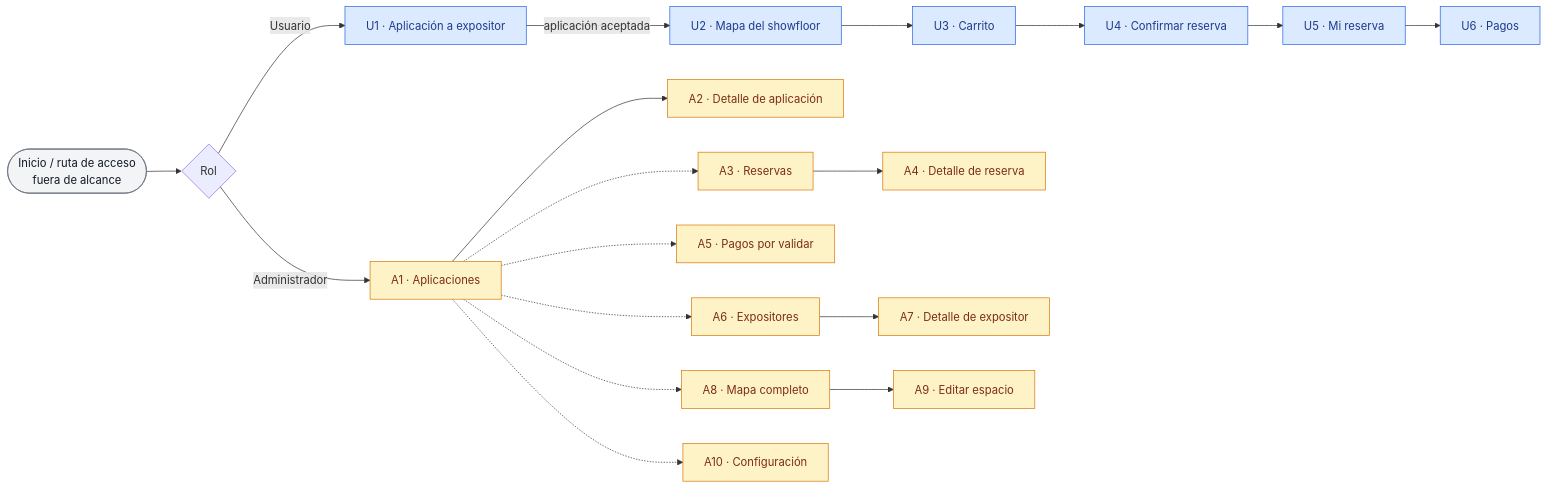
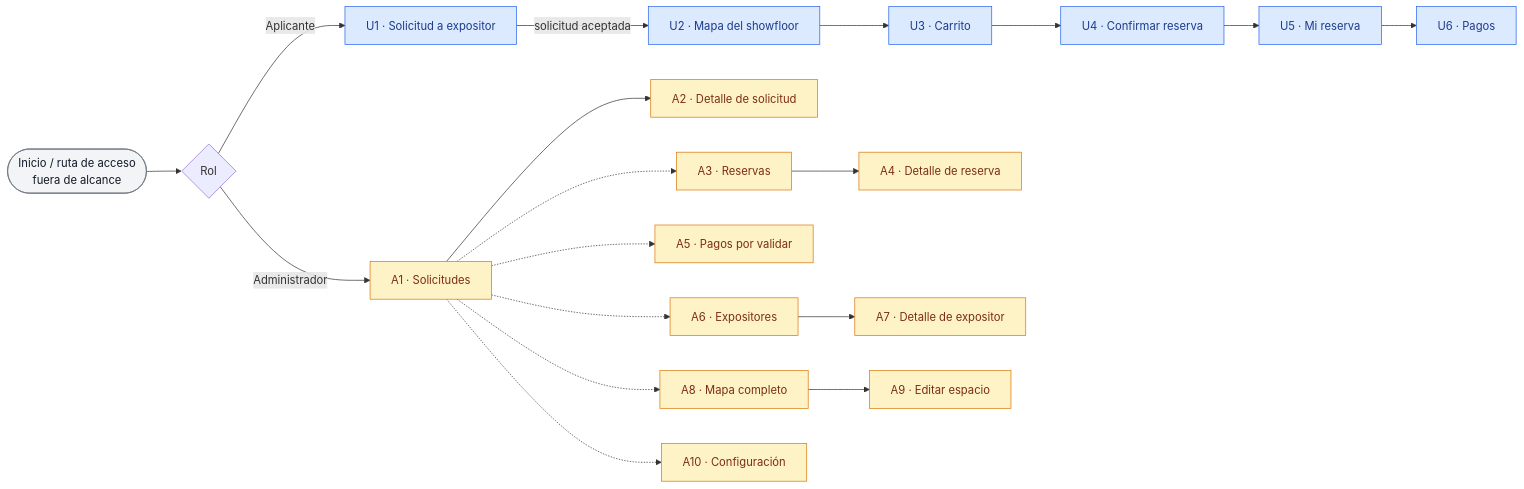
The diagram in docs/requisitos/STD/Estructura de vistas - Stands.md (Proyectos-Vinculacion-FMAT/FILEYapp26), drawn with Mermaid before and after one commit. The commit also changed other lines of this file and 140 other files, not shown here.

````diff
--- a/docs/requisitos/STD/Estructura de vistas - Stands.md
+++ b/docs/requisitos/STD/Estructura de vistas - Stands.md
@@ -46,30 +46,30 @@
 ```mermaid
 flowchart LR
     E0([Inicio / ruta de acceso<br/>fuera de alcance]) --> ROL{Rol}
 
-    ROL -->|Usuario| U1[U1 · Aplicación a expositor]
-    U1 -->|aplicación aceptada| U2[U2 · Mapa del showfloor]
+    ROL -->|Aplicante| U1[U1 · Solicitud a expositor]
+    U1 -->|solicitud aceptada| U2[U2 · Mapa del showfloor]
     U2 --> U3[U3 · Carrito]
     U3 --> U4[U4 · Confirmar reserva]
     U4 --> U5[U5 · Mi reserva]
     U5 --> U6[U6 · Pagos]
 
-    ROL -->|Administrador| A1[A1 · Aplicaciones]
-    A1 --> A2[A2 · Detalle de aplicación]
+    ROL -->|Administrador| A1[A1 · Solicitudes]
+    A1 --> A2[A2 · Detalle de solicitud]
     A1 -.-> A3[A3 · Reservas]
     A3 --> A4[A4 · Detalle de reserva]
     A1 -.-> A5[A5 · Pagos por validar]
     A1 -.-> A6[A6 · Expositores]
     A6 --> A7[A7 · Detalle de expositor]
     A1 -.-> A8[A8 · Mapa completo]
     A8 --> A9[A9 · Editar espacio]
     A1 -.-> A10[A10 · Configuración]
 
-    classDef usuario fill:#dbeafe,stroke:#2563eb,color:#1e3a8a;
+    classDef aplicante fill:#dbeafe,stroke:#2563eb,color:#1e3a8a;
     classDef admin fill:#fef3c7,stroke:#d97706,color:#7c2d12;
     classDef fuera fill:#f3f4f6,stroke:#6b7280,color:#111827;
 
-    class U1,U2,U3,U4,U5,U6 usuario;
+    class U1,U2,U3,U4,U5,U6 aplicante;
     class A1,A2,A3,A4,A5,A6,A7,A8,A9,A10 admin;
     class E0 fuera;
 ```
````
